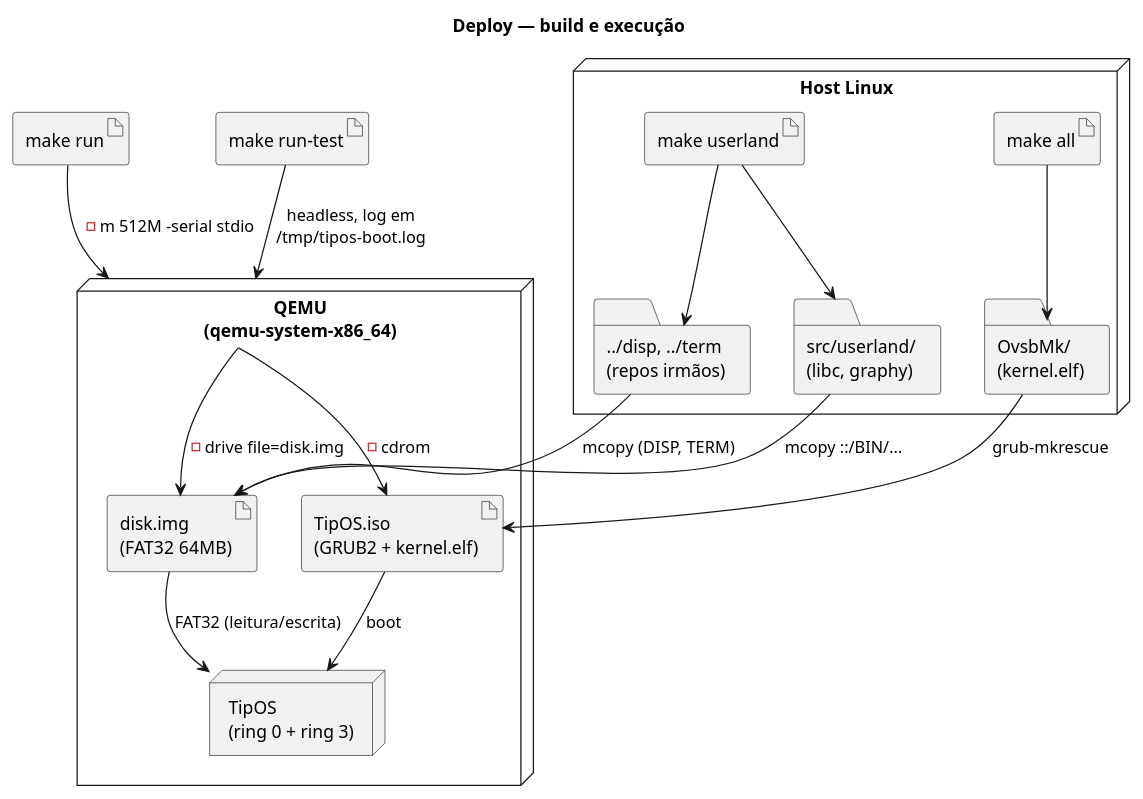
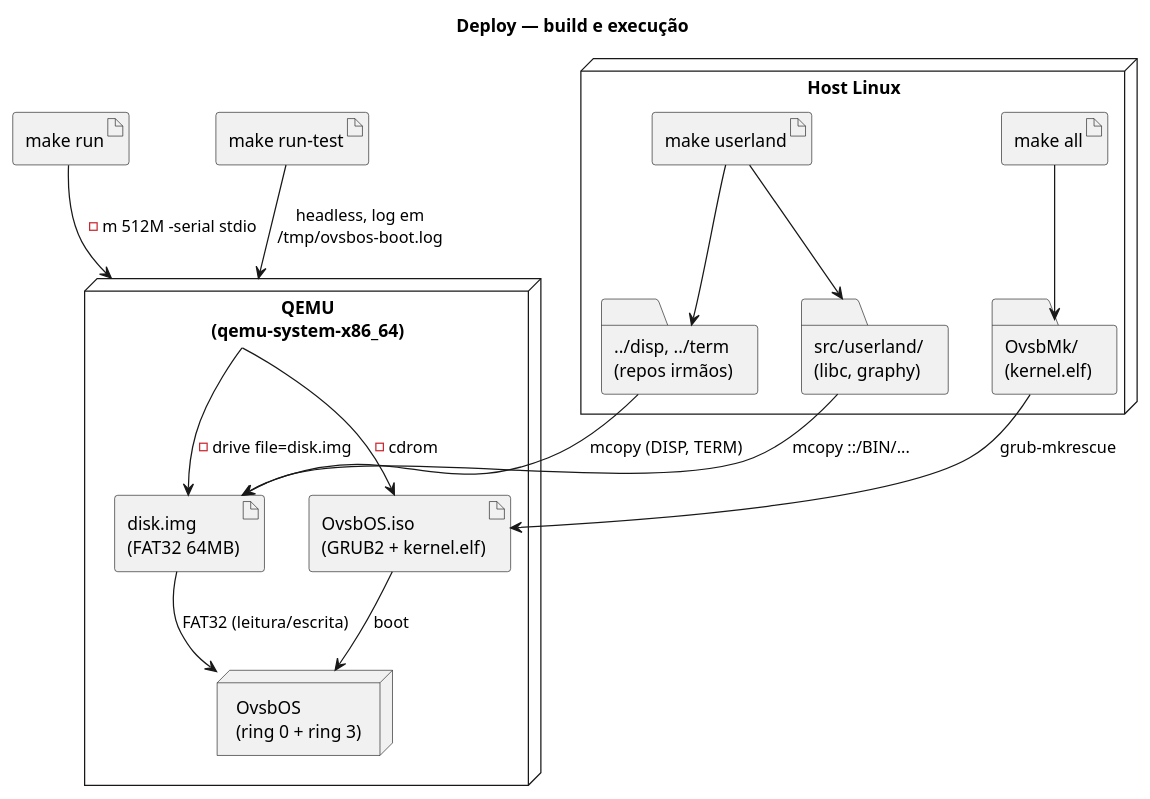
The diagram in docs/uml/deploy.puml (Bugs-Appettit-inc/OvsbOs), drawn with PlantUML before and after one commit. The commit also changed 49 other files, not shown here.

```diff
--- a/docs/uml/deploy.puml
+++ b/docs/uml/deploy.puml
@@ -1,41 +1,41 @@
 @startuml
 ' moe moe kyun <3
-' TipOS — deploy: como o bicho roda (build → QEMU)
-' make all → TipOS.iso; make userland → disk.img; make run → QEMU
+' OvsbOS — deploy: como o bicho roda (build → QEMU)
+' make all → OvsbOS.iso; make userland → disk.img; make run → QEMU
 
 title Deploy — build e execução
 
 skinparam shadowing false
 skinparam defaultFontName "SansSerif"
 
 node "Host Linux" as host {
     folder "OvsbMk/\n(kernel.elf)" as ksrc
     folder "src/userland/\n(libc, graphy)" as usrc
     folder "../disp, ../term\n(repos irmãos)" as isrc
     artifact "make all" as m1
     artifact "make userland" as m2
     m1 --> ksrc
     m2 --> usrc
     m2 --> isrc
 }
 
 node "QEMU\n(qemu-system-x86_64)" as qemu {
-    artifact "TipOS.iso\n(GRUB2 + kernel.elf)" as iso
+    artifact "OvsbOS.iso\n(GRUB2 + kernel.elf)" as iso
     artifact "disk.img\n(FAT32 64MB)" as disk
-    node "TipOS\n(ring 0 + ring 3)" as tipos {
+    node "OvsbOS\n(ring 0 + ring 3)" as ovsbos {
     }
 }
 
 ksrc --> iso : grub-mkrescue
 usrc --> disk : mcopy ::/BIN/...
 isrc --> disk : mcopy (DISP, TERM)
 qemu --> iso : -cdrom
 qemu --> disk : -drive file=disk.img
-iso --> tipos : boot
-disk --> tipos : FAT32 (leitura/escrita)
+iso --> ovsbos : boot
+disk --> ovsbos : FAT32 (leitura/escrita)
 
 artifact "make run" as run
 run --> qemu : -m 512M -serial stdio
 artifact "make run-test" as runtest
-runtest --> qemu : headless, log em\n/tmp/tipos-boot.log
+runtest --> qemu : headless, log em\n/tmp/ovsbos-boot.log
 @enduml
```
